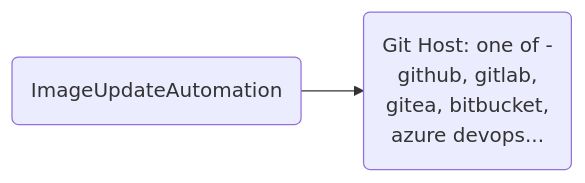
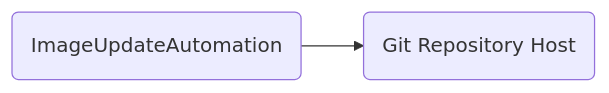
Before and after one commit to kingdonb/gitopscon2025-slides: the fourth of 5 diagrams in gitopscon-rel.md, drawn with Mermaid. The commit also changed other lines of this file and 9 other files, not shown here.

````diff
--- a/gitopscon-rel.md
+++ b/gitopscon-rel.md
@@ -265,11 +376,8 @@
 ```mermaid
 flowchart LR
 
 C(ImageUpdateAutomation)
-G(Git Host: one of -
-github, gitlab,
-gitea, bitbucket,
-azure devops...)
+G(Git Repository Host)
 
 C --> G
 ```
````
